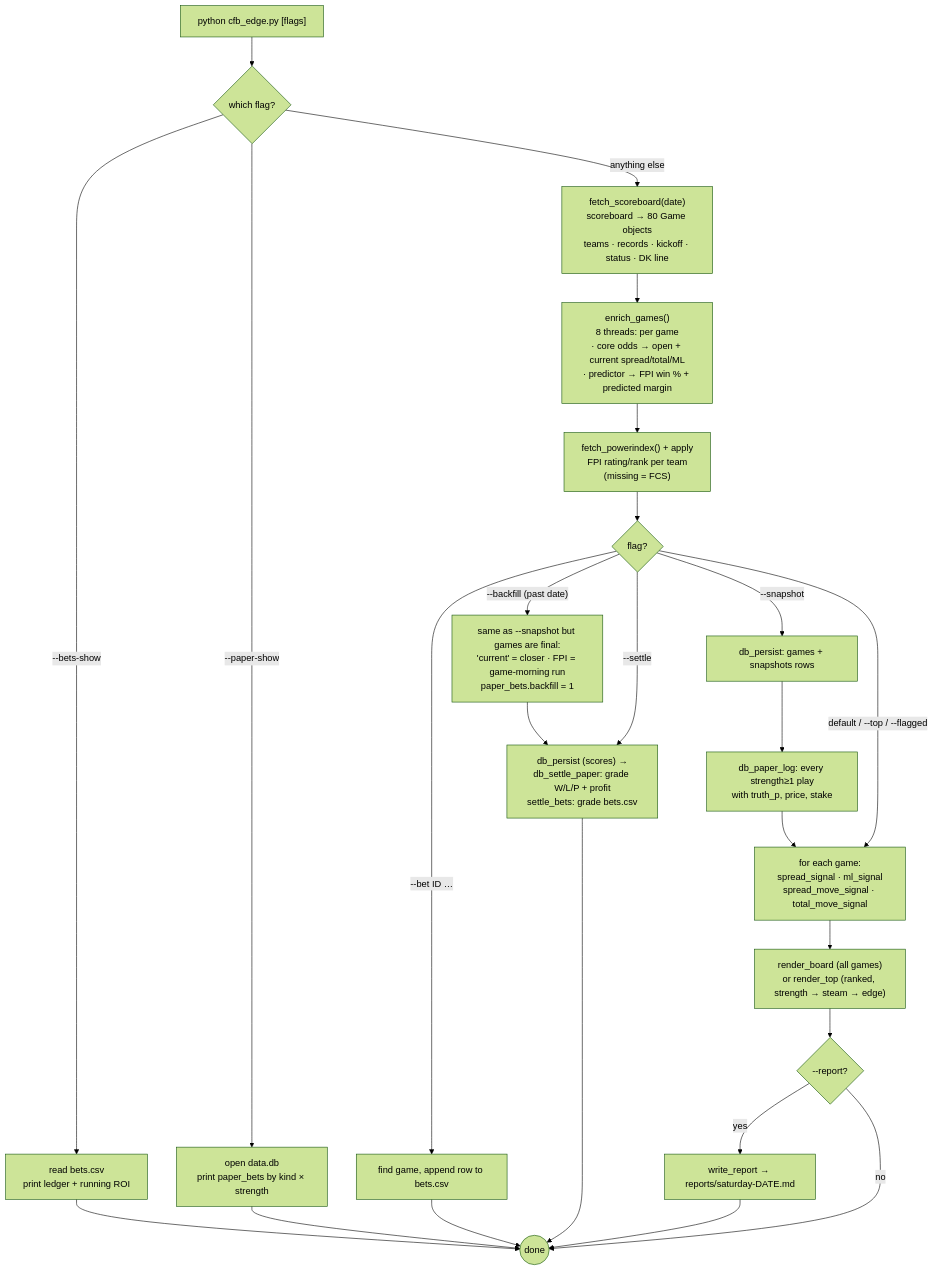
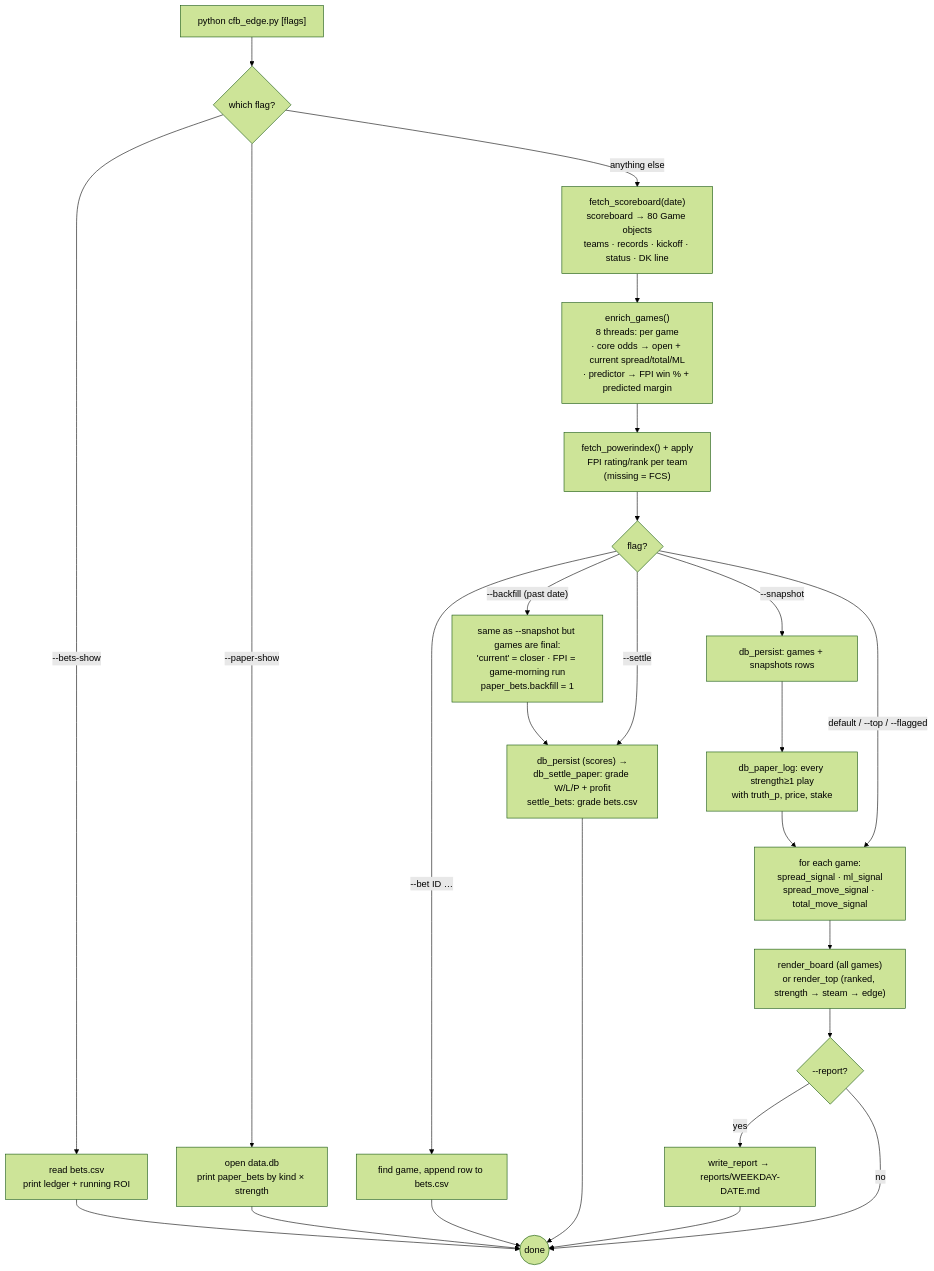
One commit to wbp318/cfb_2026 changed the second of 12 diagrams in README.md. Above: the diagram before and after it, drawn with Mermaid (forest theme). The commit also changed other lines of this file and 7 other files, not shown here.

````diff
--- a/README.md
+++ b/README.md
@@ -204,24 +205,24 @@
 ```mermaid
 flowchart TD
     START["python cfb_edge.py [flags]"] --> ARGS{"which flag?"}
 
     ARGS -->|"--bets-show"| BS["read bets.csv\nprint ledger + running ROI"] --> END
     ARGS -->|"--paper-show"| PS["open data.db\nprint paper_bets by kind × strength"] --> END
 
     ARGS -->|"anything else"| F1["fetch_scoreboard(date)\nscoreboard → 80 Game objects\nteams · records · kickoff · status · DK line"]
     F1 --> F2["enrich_games()\n8 threads: per game\n· core odds → open + current spread/total/ML\n· predictor → FPI win % + predicted margin"]
     F2 --> F3["fetch_powerindex() + apply\nFPI rating/rank per team\n(missing = FCS)"]
     F3 --> BRANCH{"flag?"}
 
     BRANCH -->|"--bet ID …"| B1["find game, append row to bets.csv"] --> END
 
     BRANCH -->|"--snapshot"| S1["db_persist: games + snapshots rows"] --> S2["db_paper_log: every strength≥1 play\nwith truth_p, price, stake"] --> RENDER
     BRANCH -->|"--backfill (past date)"| BF["same as --snapshot but games are final:\n'current' = closer · FPI = game-morning run\npaper_bets.backfill = 1"] --> ST
     BRANCH -->|"--settle"| ST["db_persist (scores) →\ndb_settle_paper: grade W/L/P + profit\nsettle_bets: grade bets.csv"] --> END
     BRANCH -->|"default / --top / --flagged"| RENDER
 
     RENDER["for each game:\nspread_signal · ml_signal\nspread_move_signal · total_move_signal"] --> R1["render_board (all games)\nor render_top (ranked, strength → steam → edge)"]
     R1 --> REP{"--report?"}
-    REP -->|yes| W["write_report → reports/saturday-DATE.md"] --> END
+    REP -->|yes| W["write_report → reports/WEEKDAY-DATE.md"] --> END
     REP -->|no| END((done))
 ```
````
